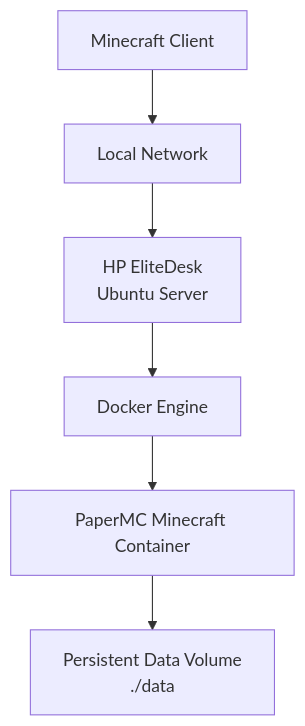
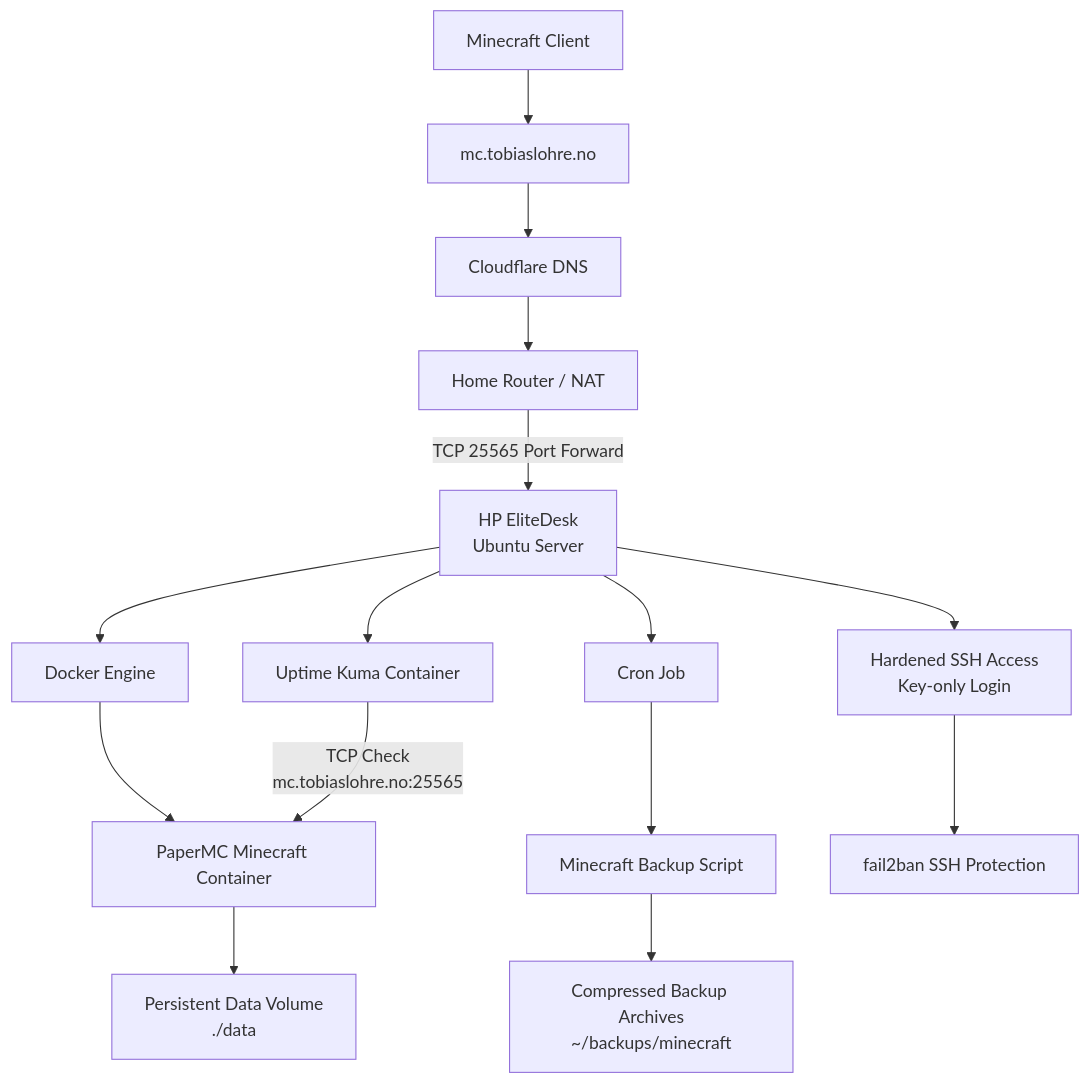
The diagram in README.md (Tobiaslohre/docker-minecraft-homelab), drawn with Mermaid before and after one commit. The commit also changed other lines of this file, not shown here.

````diff
--- a/README.md
+++ b/README.md
@@ -11,9 +13,22 @@
 ```mermaid
 graph TD
 
-    Player[Minecraft Client] --> LAN[Local Network]
-    LAN --> Host[HP EliteDesk<br>Ubuntu Server]
+    Player[Minecraft Client] --> DNS[mc.tobiaslohre.no]
+    DNS --> Cloudflare[Cloudflare DNS]
+    Cloudflare --> Router[Home Router / NAT]
+    Router -->|TCP 25565 Port Forward| Host[HP EliteDesk<br>Ubuntu Server]
+
     Host --> Docker[Docker Engine]
-    Docker --> Container[PaperMC Minecraft Container]
-    Container --> Volume[Persistent Data Volume<br>./data]
+    Docker --> Minecraft[PaperMC Minecraft Container]
+    Minecraft --> Volume[Persistent Data Volume<br>./data]
+
+    Host --> Cron[Cron Job]
+    Cron --> BackupScript[Minecraft Backup Script]
+    BackupScript --> BackupFiles[Compressed Backup Archives<br>~/backups/minecraft]
+
+    Host --> Kuma[Uptime Kuma Container]
+    Kuma -->|TCP Check<br>mc.tobiaslohre.no:25565| Minecraft
+
+    Host --> SSH[Hardened SSH Access<br>Key-only Login]
+    SSH --> Fail2ban[fail2ban SSH Protection]
 ```
````
